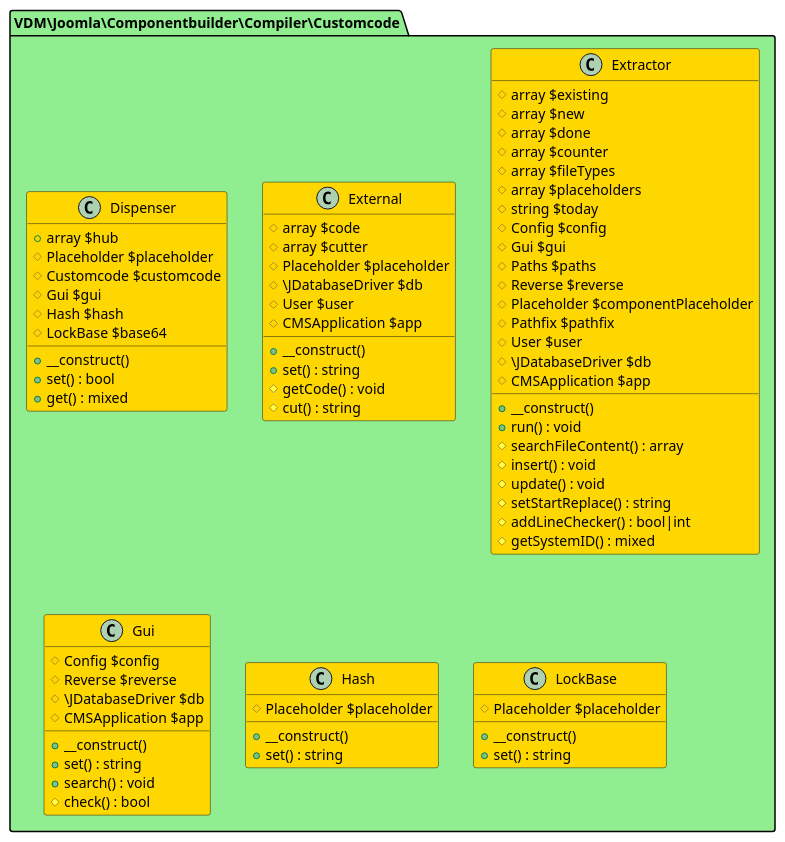
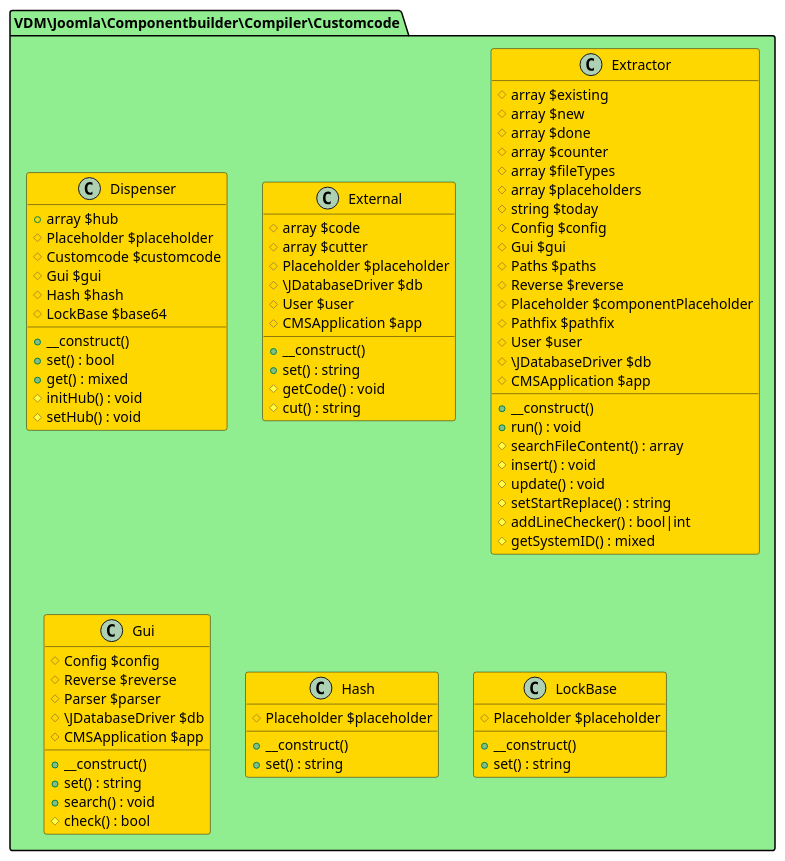
Before and after one commit to joomengine/jcb-compiler: the eighth of 34 diagrams in README.md, drawn with PlantUML. The commit also changed other lines of this file and 65 other files, not shown here.

```diff
--- a/README.md
+++ b/README.md
@@ -803,6 +833,8 @@
     + __construct()
     + set() : bool
     + get() : mixed
+    # initHub() : void
+    # setHub() : void
   }
 
   class External  #Gold {
@@ -848,6 +880,7 @@
   class Gui  #Gold {
     # Config $config
     # Reverse $reverse
+    # Parser $parser
     # \JDatabaseDriver $db
     # CMSApplication $app
     + __construct()
```
